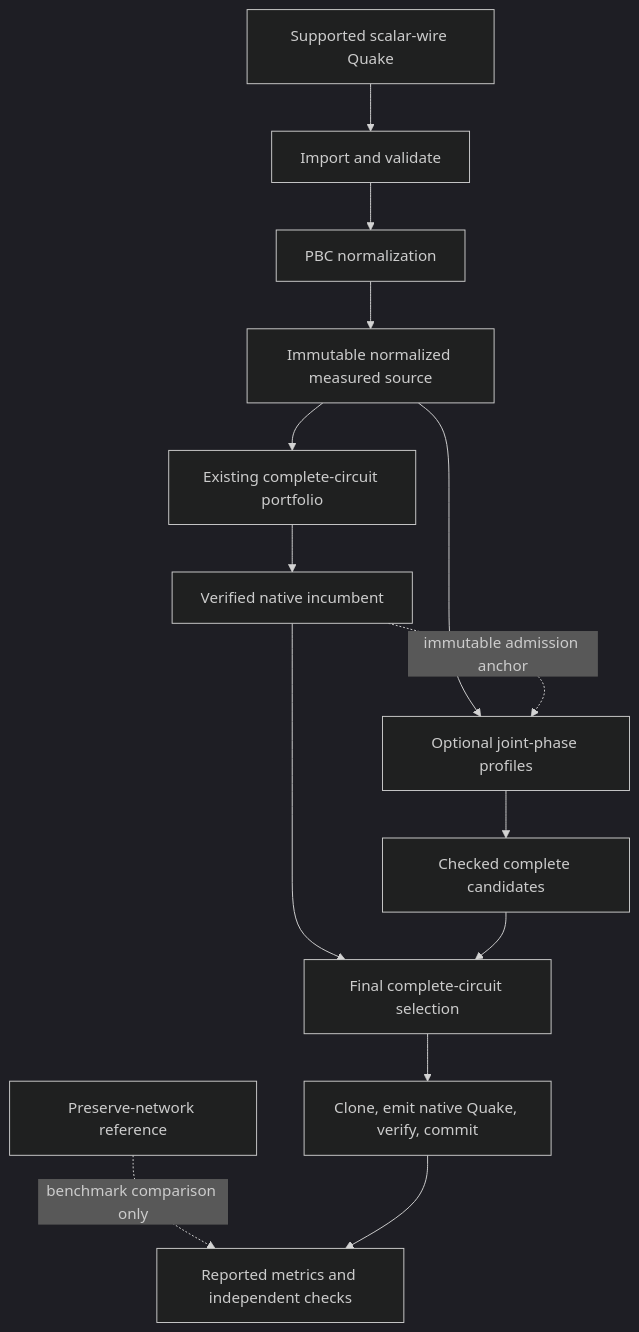
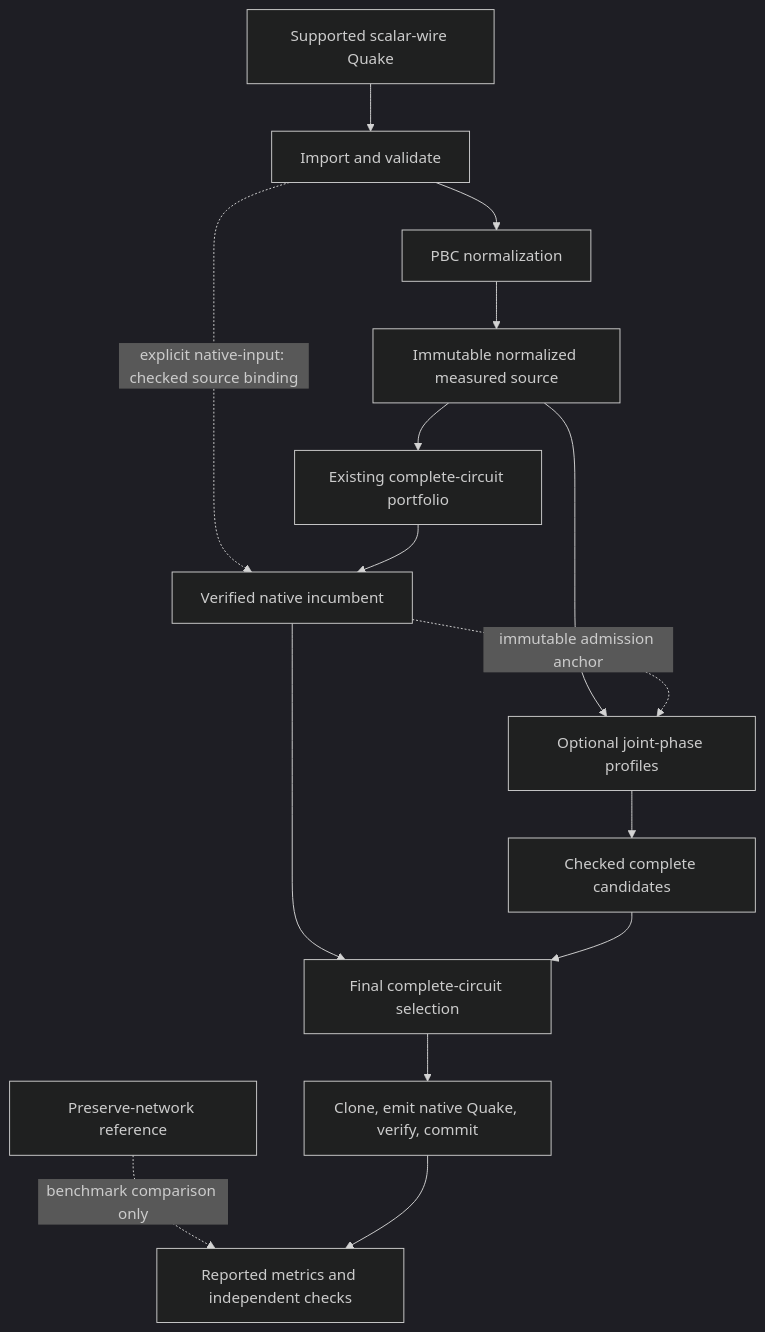
The second of 8 diagrams in docs/pbc_synthesis_architecture.md (1tnguyen/cuda-quantum), drawn with Mermaid (dark theme) before and after one commit. The commit also changed other lines of this file and 47 other files, not shown here.

````diff
--- a/docs/pbc_synthesis_architecture.md
+++ b/docs/pbc_synthesis_architecture.md
@@ -11,16 +181,17 @@
 ```mermaid
 flowchart TB
     Q[Supported scalar-wire Quake] --> I[Import and validate]
     I --> N[PBC normalization]
+    I -. explicit native-input: checked source binding .-> A
     N --> S[Immutable normalized measured source]
     S --> E[Existing complete-circuit portfolio]
     E --> A[Verified native incumbent]
     S --> J[Optional joint-phase profiles]
     A -. immutable admission anchor .-> J
     J --> C[Checked complete candidates]
     A --> F[Final complete-circuit selection]
     C --> F
     F --> O[Clone, emit native Quake, verify, commit]
     P[Preserve-network reference] -. benchmark comparison only .-> R[Reported metrics and independent checks]
     O --> R
 ```
````
